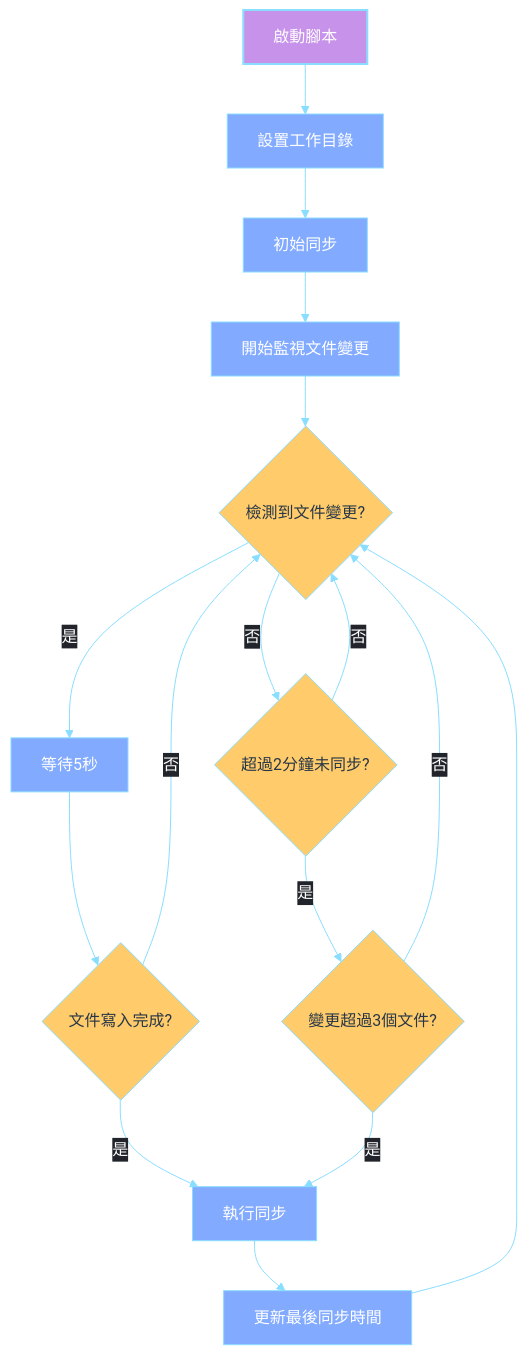
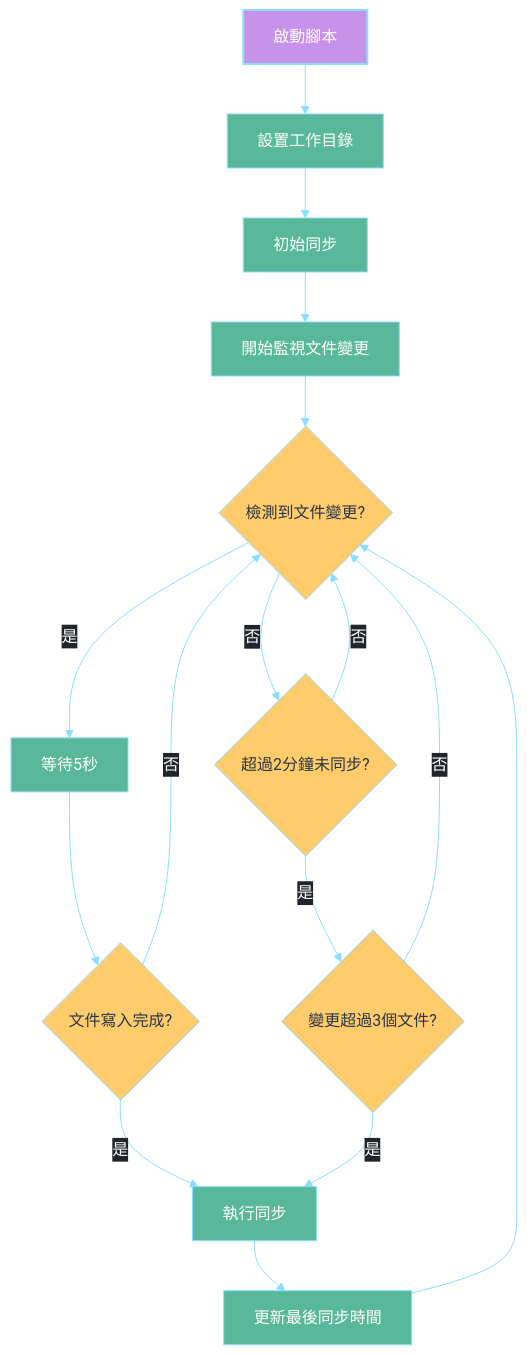
The second of 2 diagrams in Logseq同步方案演進記錄.md (GengGeng026/Sync-Logseq), drawn with Mermaid before and after one commit. The commit also changed other lines of this file, not shown here.

Commit message:
Auto-sync: Wed Mar 26 08:12:51 +08 2025

````diff
--- a/Logseq同步方案演進記錄.md
+++ b/Logseq同步方案演進記錄.md
@@ -371,52 +371,52 @@
 ```mermaid
 %%{init: {
   'theme': 'base', 
   'themeVariables': {
-    'primaryColor': '#82AAFF',
+    'primaryColor': '#59B79A',
     'primaryTextColor': '#FFFFFF',
-    'primaryBorderColor': '#82AAFF',
+    'primaryBorderColor': '#59B79A',
     'lineColor': '#89DDFF',
     'secondaryColor': '#C792EA',
     'tertiaryColor': '#F07178',
     'background': 'transparent',
     'textColor': '#EEFFFF',
     'mainBkg': '#273747',
     'nodeBorder': '#89DDFF',
     'clusterBkg': 'transparent',
     'edgeLabelBackground': '#21252B'
   },
   'flowchart': {
     'curve': 'basis',
     'nodeSpacing': 50,
     'rankSpacing': 50,
     'padding': 15
   }
 }}%%
 flowchart TD
     %% 節點樣式優化
     classDef start fill:#C792EA,stroke:#89DDFF,color:#FFFFFF,stroke-width:2px;
-    classDef process fill:#82AAFF,stroke:#89DDFF,color:#FFFFFF,stroke-width:1px;
+    classDef process fill:#59B79A,stroke:#89DDFF,color:#FFFFFF,stroke-width:1px;
     classDef condition fill:#FFCB6B,stroke:#89DDFF,color:#273747,stroke-width:1px,shape:diamond;
     classDef action fill:#F07178,stroke:#89DDFF,color:#FFFFFF,stroke-width:1px;
     
     A[啟動腳本] --> B[設置工作目錄]
     B --> C[初始同步]
     C --> D[開始監視文件變更]
     D --> E{檢測到文件變更?}
     E -->|是| F[等待5秒]
     F --> G{文件寫入完成?}
     G -->|是| H[執行同步]
     G -->|否| E
     E -->|否| I{超過2分鐘未同步?}
     I -->|是| J{變更超過3個文件?}
     J -->|是| H
     J -->|否| E
     I -->|否| E
     H --> K[更新最後同步時間]
     K --> E
     
     %% 應用樣式
     class A start;
     class B,C,D,F,H,K process;
     class E,G,I,J condition;
 ```
````
